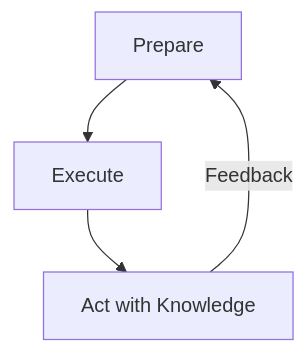
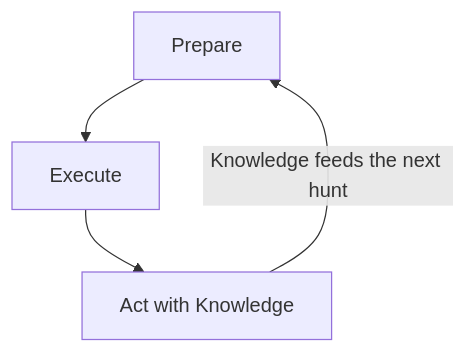
Before and after one commit to rjohnsen/threathunting-book: the diagram in content/part-1/frameworks/threathunting/peak.md, drawn with Mermaid. The commit also changed other lines of this file, not shown here.

````diff
--- a/content/part-1/frameworks/threathunting/peak.md
+++ b/content/part-1/frameworks/threathunting/peak.md
@@ -109,6 +243,6 @@
 ```mermaid
 graph TD
     A[Prepare] --> B[Execute]
     B --> C[Act with Knowledge]
-    C -->|Feedback| A
+    C -->|Knowledge feeds the next hunt| A
 ```
````
